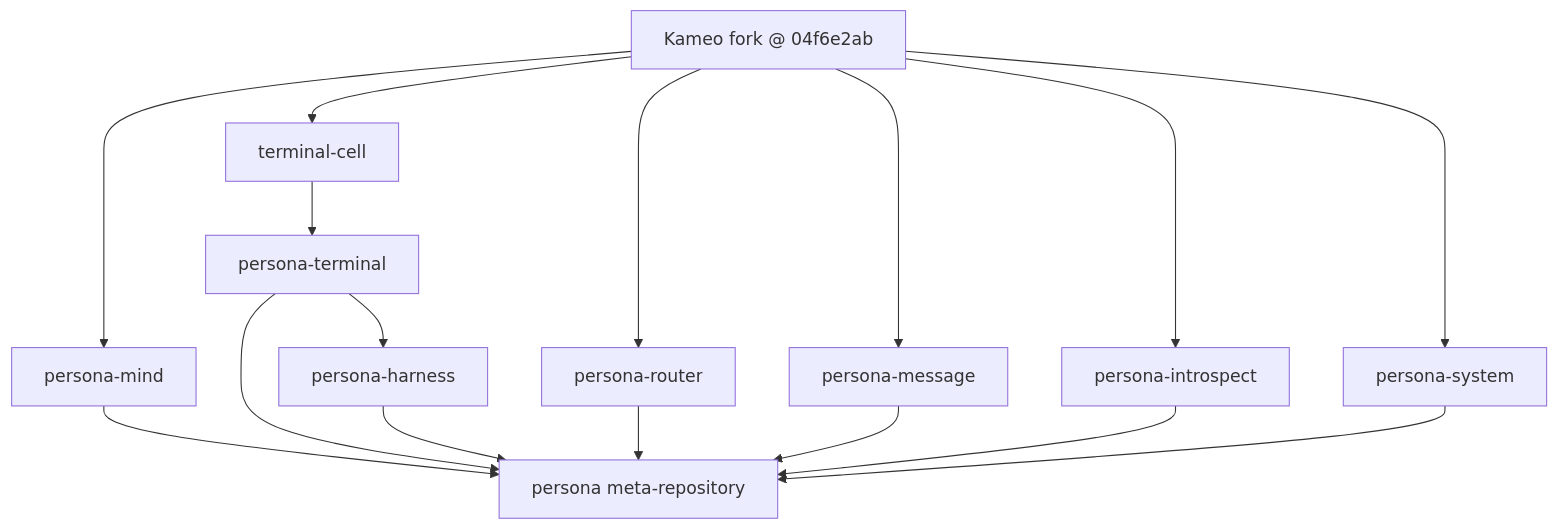
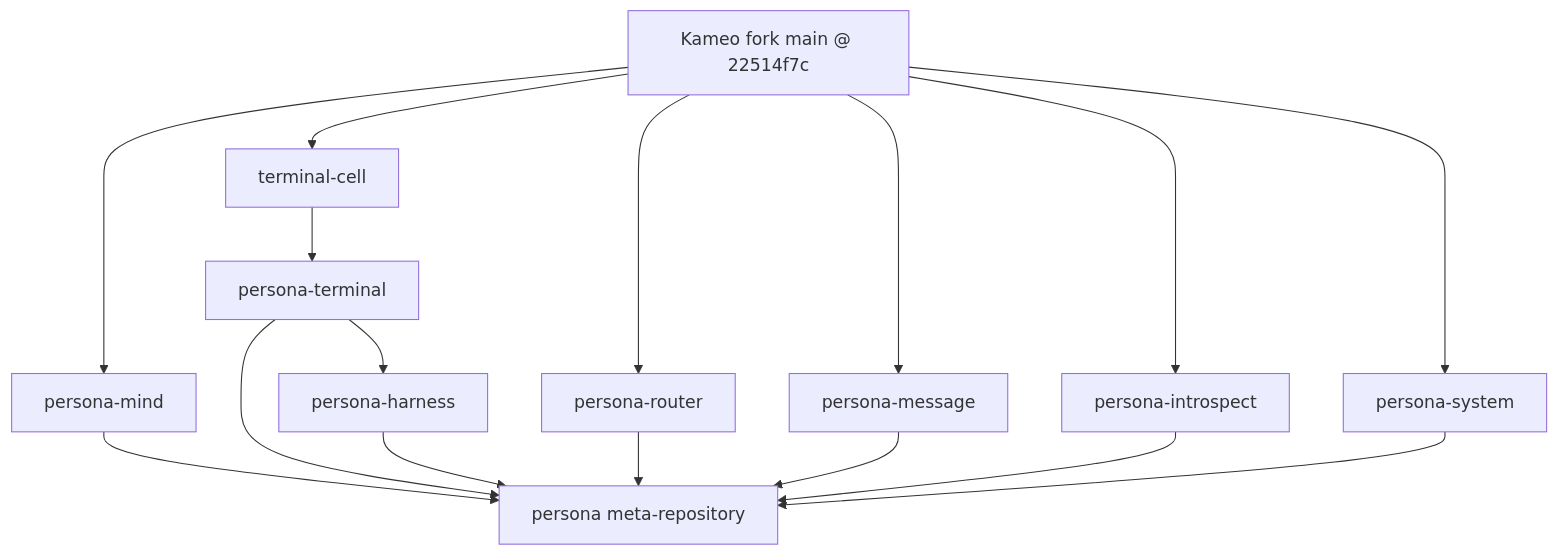
One commit to LiGoldragon/primary changed the fourth of 5 diagrams in reports/operator/132-kameo-component-migration-plan.md. Above: the diagram before and after it, drawn with Mermaid. The commit also changed other lines of this file, not shown here.

Commit message:
reports/operator: plan Kameo component migration

````diff
--- a/reports/operator/132-kameo-component-migration-plan.md
+++ b/reports/operator/132-kameo-component-migration-plan.md
@@ -186,18 +201,18 @@
 ```mermaid
 flowchart TD
-    kameo["Kameo fork @ 04f6e2ab"] --> mind["persona-mind"]
+    kameo["Kameo fork main @ 22514f7c"] --> mind["persona-mind"]
     kameo --> cell["terminal-cell"]
     cell --> terminal["persona-terminal"]
     terminal --> harness["persona-harness"]
     kameo --> router["persona-router"]
     kameo --> message["persona-message"]
     kameo --> introspect["persona-introspect"]
     kameo --> system["persona-system"]
     mind --> meta["persona meta-repository"]
     terminal --> meta
     harness --> meta
     router --> meta
     message --> meta
     introspect --> meta
     system --> meta
 ```
````
